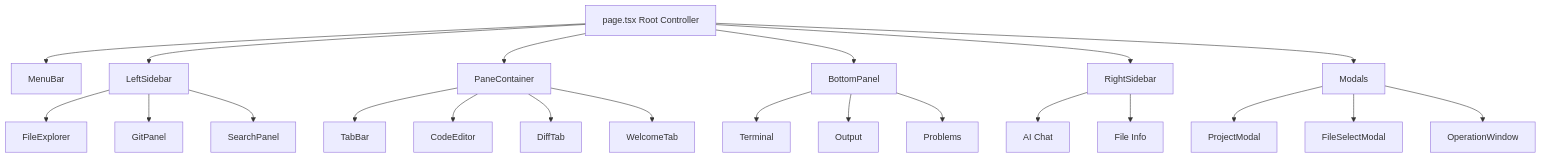
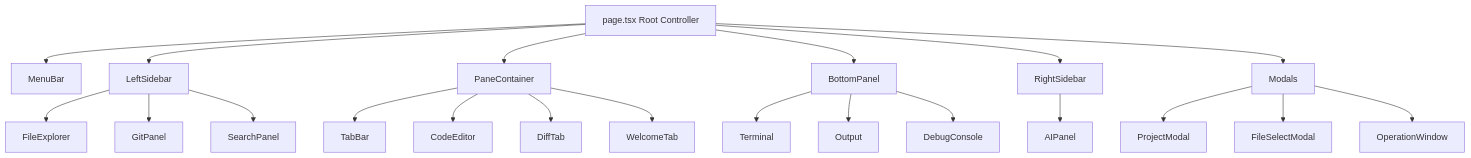
One commit to Stasshe/Pyxis-CodeCanvas changed the first of 27 diagrams in docs/UI-COMPONENTS.md. Above: the diagram before and after it, drawn with Mermaid. The commit also changed other lines of this file and 3 other files, not shown here.

````diff
--- a/docs/UI-COMPONENTS.md
+++ b/docs/UI-COMPONENTS.md
@@ -13,29 +13,28 @@
 ```mermaid
 graph TB
     A[page.tsx Root Controller] --> B[MenuBar]
     A --> C[LeftSidebar]
     A --> D[PaneContainer]
     A --> E[BottomPanel]
     A --> F[RightSidebar]
     A --> G[Modals]
     
     C --> C1[FileExplorer]
     C --> C2[GitPanel]
     C --> C3[SearchPanel]
     
     D --> D1[TabBar]
     D --> D2[CodeEditor]
     D --> D3[DiffTab]
     D --> D4[WelcomeTab]
     
     E --> E1[Terminal]
     E --> E2[Output]
-    E --> E3[Problems]
+    E --> E3[DebugConsole]
     
-    F --> F1[AI Chat]
-    F --> F2[File Info]
+    F --> F1[AIPanel]
     
     G --> G1[ProjectModal]
     G --> G2[FileSelectModal]
     G --> G3[OperationWindow]
 ```
````
